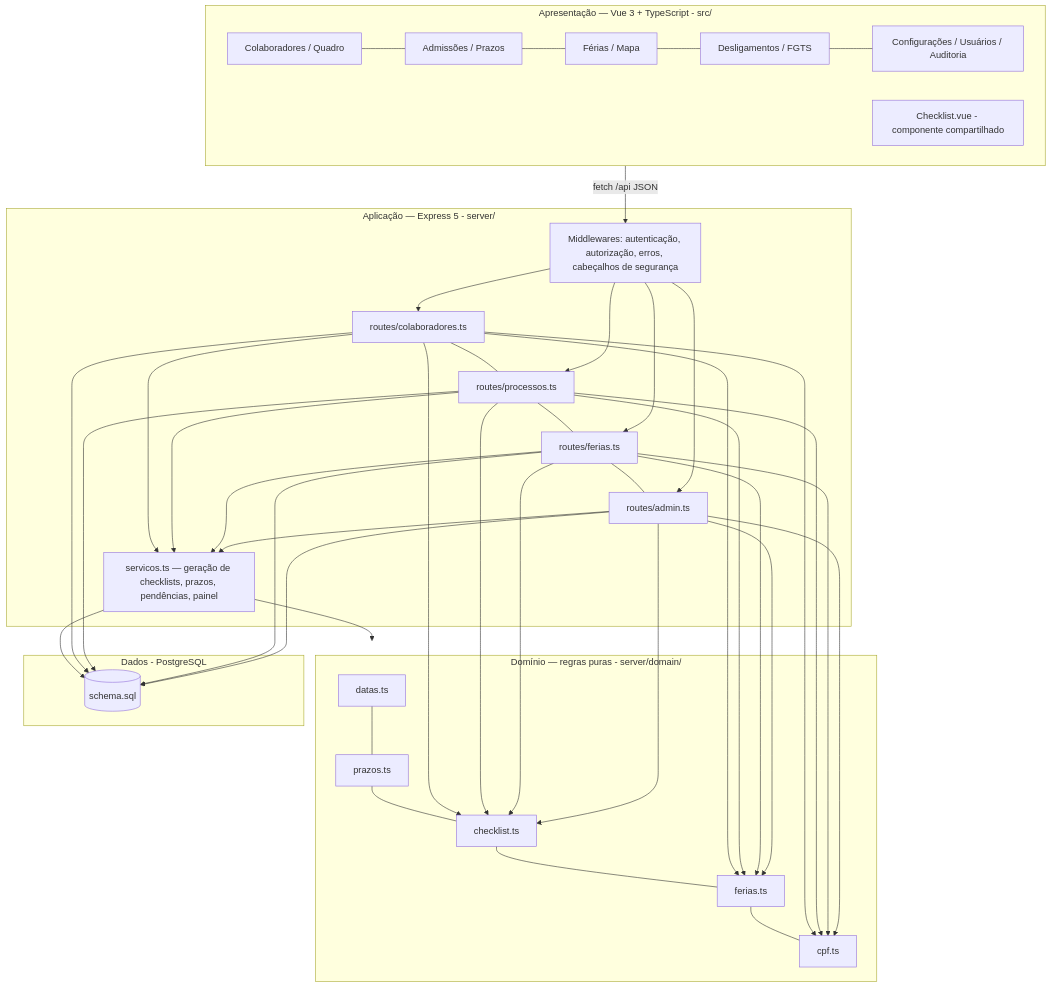
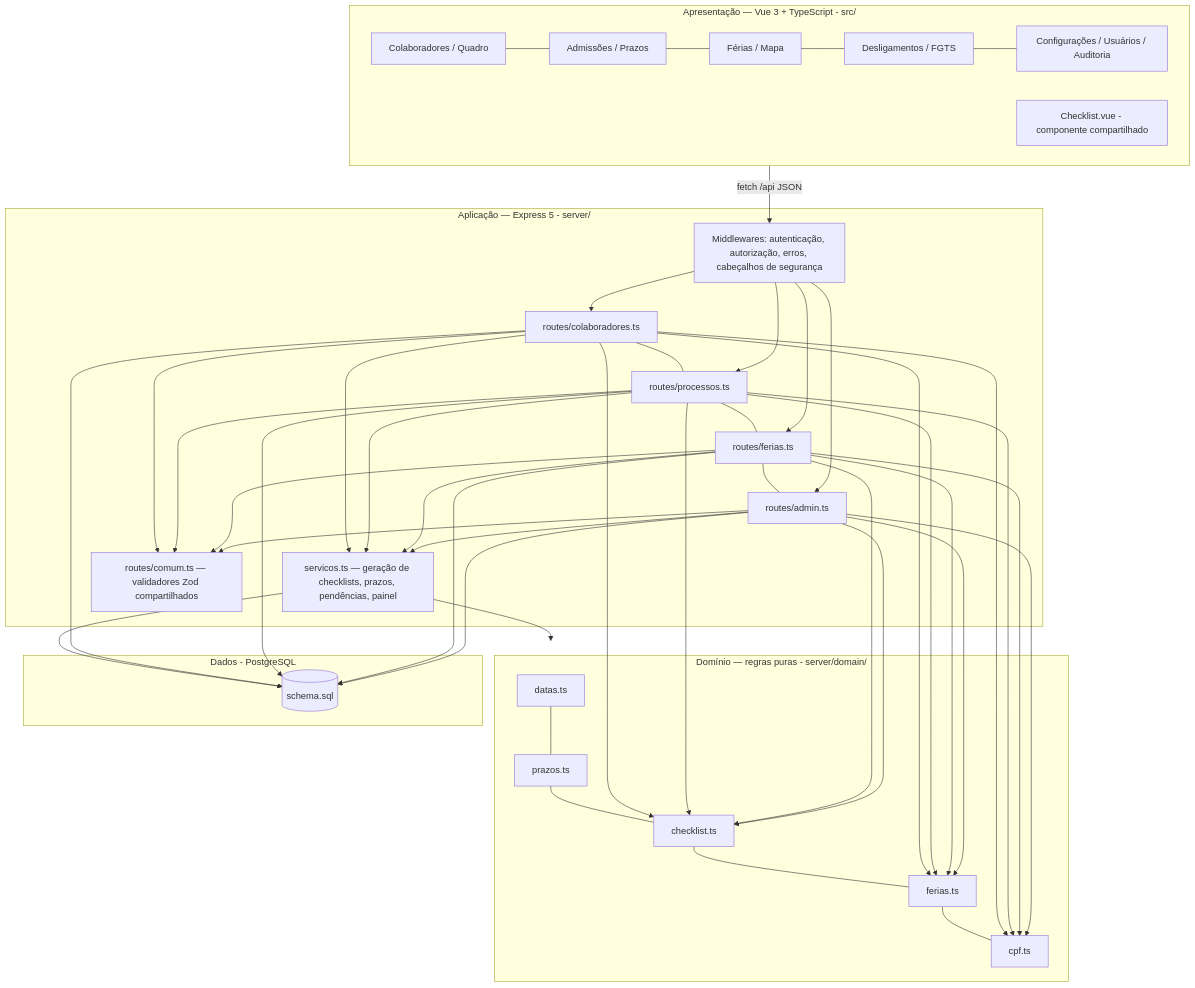
One commit to brandim04/Sistema_RH changed the second of 6 diagrams in docs/01-SDD-arquitetura.md. Above: the diagram before and after it, drawn with Mermaid. The commit also changed other lines of this file and 15 other files, not shown here.

````diff
--- a/docs/01-SDD-arquitetura.md
+++ b/docs/01-SDD-arquitetura.md
@@ -114,26 +115,28 @@
 ```mermaid
 flowchart TB
   subgraph Apresentação [Apresentação — Vue 3 + TypeScript - src/]
     V1[Colaboradores / Quadro] --- V2[Admissões / Prazos]
     V2 --- V3[Férias / Mapa] --- V4[Desligamentos / FGTS]
     V4 --- V5[Configurações / Usuários / Auditoria]
     C[Checklist.vue - componente compartilhado]
   end
   subgraph Aplicação [Aplicação — Express 5 - server/]
     MW[Middlewares: autenticação, autorização, erros, cabeçalhos de segurança]
     R1[routes/colaboradores.ts] --- R2[routes/processos.ts]
     R2 --- R3[routes/ferias.ts] --- R4[routes/admin.ts]
     S[servicos.ts — geração de checklists, prazos, pendências, painel]
+    Z[routes/comum.ts — validadores Zod compartilhados]
   end
   subgraph Domínio [Domínio — regras puras - server/domain/]
     D1[datas.ts] --- D2[prazos.ts] --- D3[checklist.ts] --- D4[ferias.ts] --- D5[cpf.ts]
   end
   subgraph Dados [Dados - PostgreSQL]
     T[(schema.sql)]
   end
   Apresentação -->|fetch /api JSON| MW --> R1 & R2 & R3 & R4
+  R1 & R2 & R3 & R4 --> Z
   R1 & R2 & R3 & R4 --> S --> Domínio
   R1 & R2 & R3 & R4 --> D3 & D4 & D5
   S --> T
   R1 & R2 & R3 & R4 --> T
 ```
````
